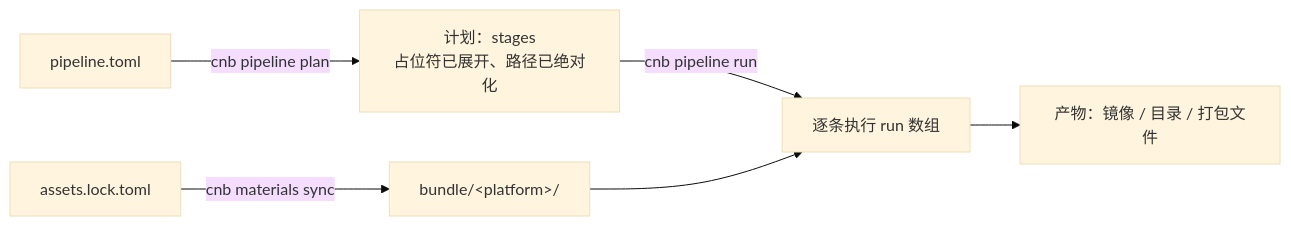
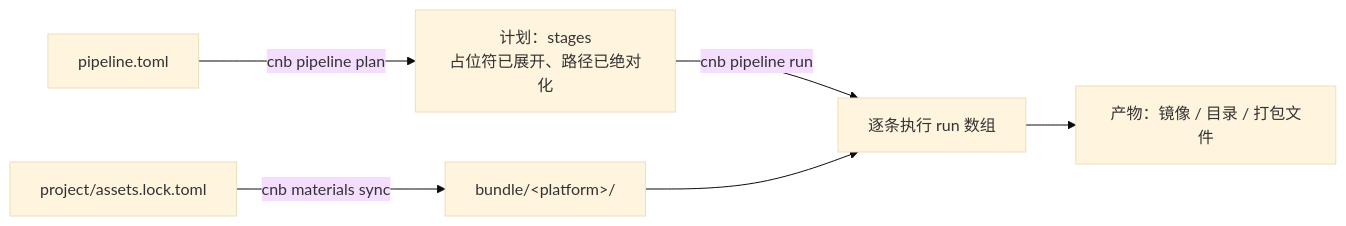
Before and after one commit to elizabevil/offline-cnb-paketo: the second of 2 diagrams in docs/design/pipeline.md, drawn with Mermaid (base theme). The commit also changed other lines of this file and 41 other files, not shown here.

````diff
--- a/docs/design/pipeline.md
+++ b/docs/design/pipeline.md
@@ -18,8 +52,8 @@
 ```mermaid
 flowchart LR
     A["pipeline.toml"] -->|"cnb pipeline plan"| B["计划：stages<br/>占位符已展开、路径已绝对化"]
     B -->|"cnb pipeline run"| C["逐条执行 run 数组"]
     C --> D["产物：镜像 / 目录 / 打包文件"]
-    E["assets.lock.toml"] -->|"cnb materials sync"| F["bundle/&lt;platform&gt;/"]
+    E["project/assets.lock.toml"] -->|"cnb materials sync"| F["bundle/&lt;platform&gt;/"]
     F --> C
 ```
````
